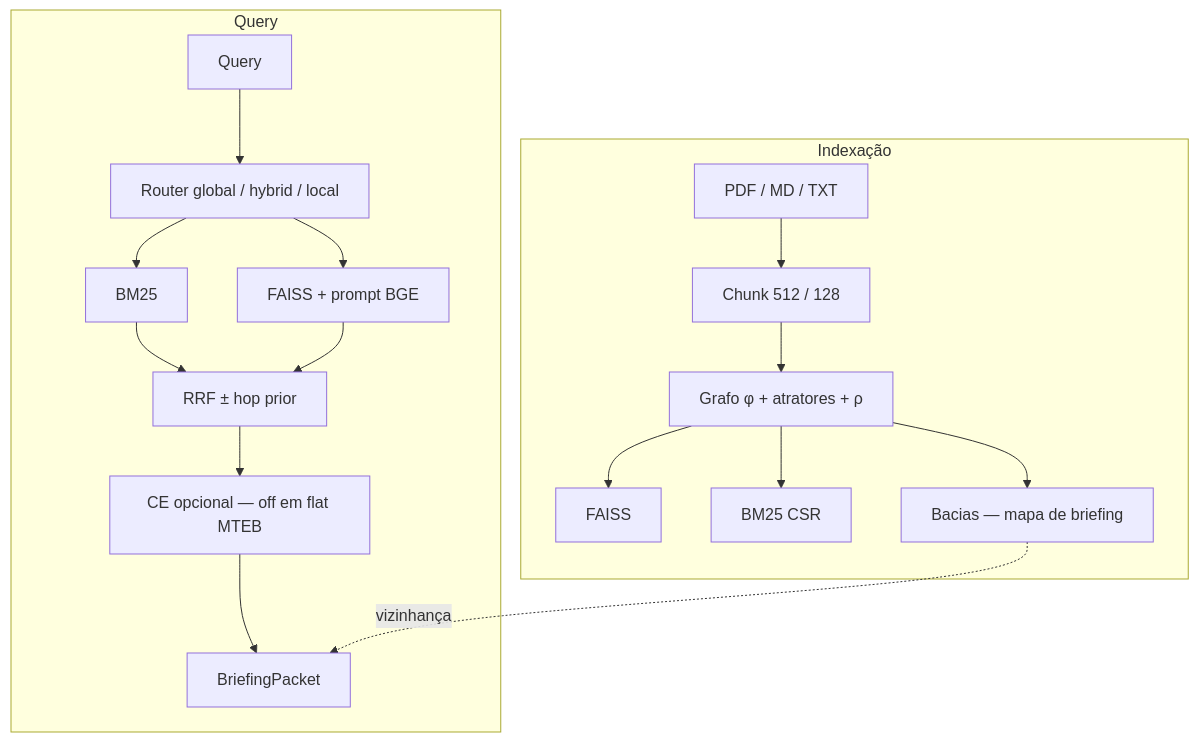
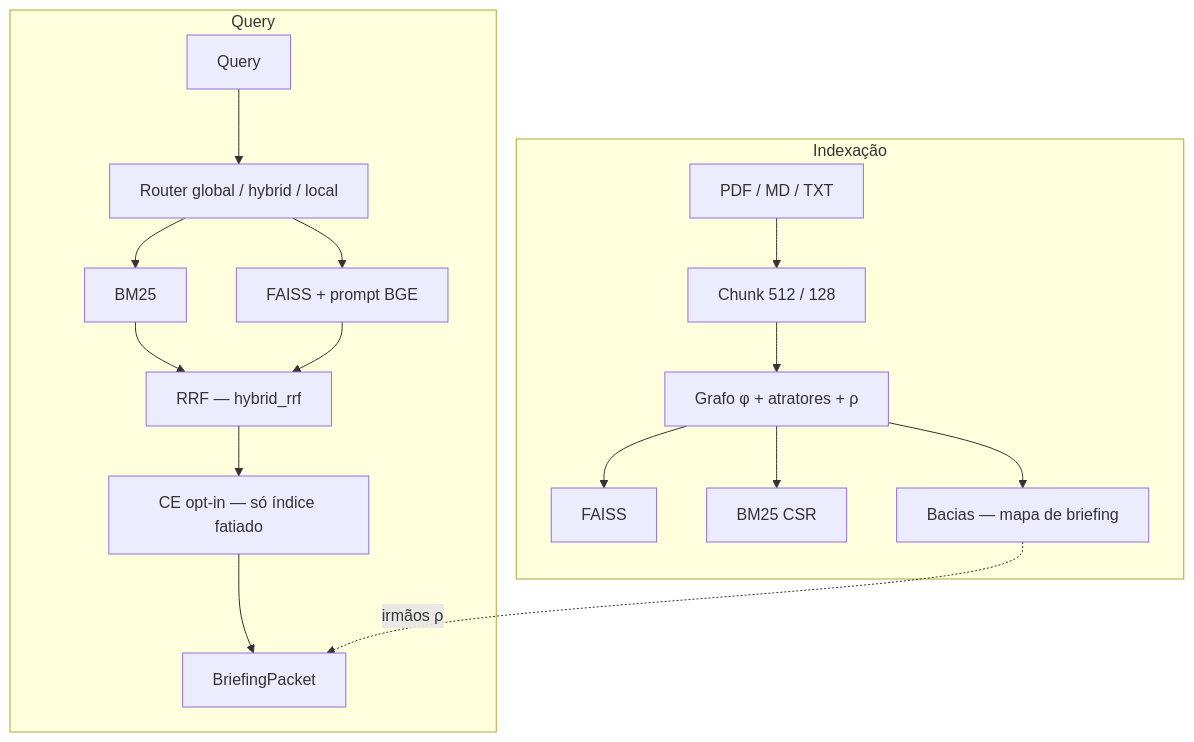
Before and after one commit to Basinfy/BasinRAG: the first of 2 diagrams in ARCHITECTURE.md, drawn with Mermaid. The commit also changed other lines of this file and 34 other files, not shown here.

````diff
--- a/ARCHITECTURE.md
+++ b/ARCHITECTURE.md
@@ -9,20 +9,20 @@
 ```mermaid
 graph TD
     subgraph Indexação
         A[PDF / MD / TXT] --> B[Chunk 512 / 128]
         B --> C[Grafo φ + atratores + ρ]
         C --> D[FAISS]
         C --> E[BM25 CSR]
         C --> F[Bacias — mapa de briefing]
     end
     subgraph Query
         Q[Query] --> R[Router global / hybrid / local]
         R --> S1[BM25]
         R --> S2[FAISS + prompt BGE]
-        S1 --> T[RRF ± hop prior]
+        S1 --> T[RRF — hybrid_rrf]
         S2 --> T
-        T --> U[CE opcional — off em flat MTEB]
+        T --> U[CE opt-in — só índice fatiado]
         U --> V[BriefingPacket]
-        F -. vizinhança .-> V
+        F -. irmãos ρ .-> V
     end
 ```
````
